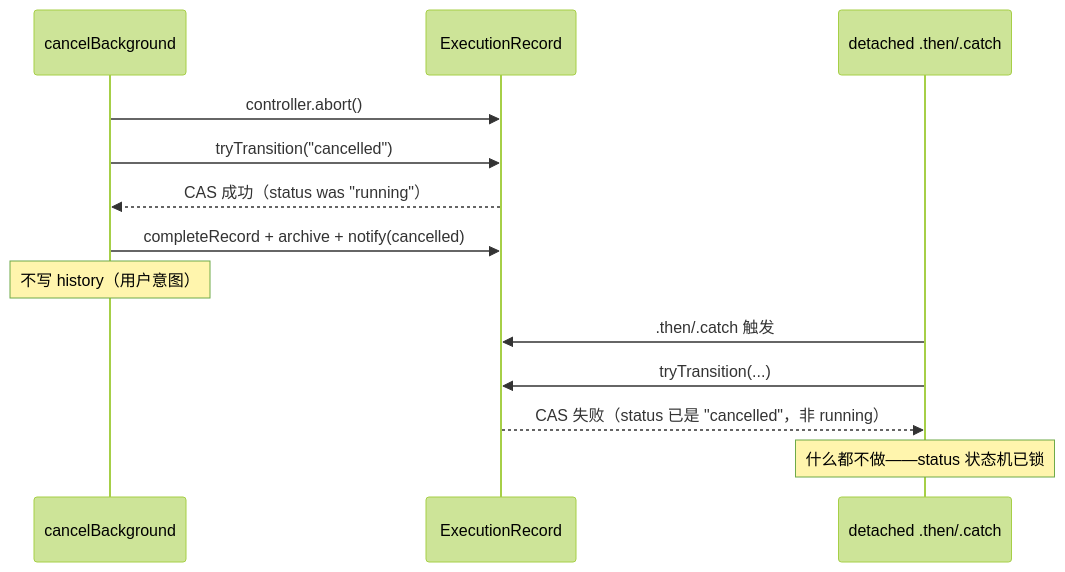
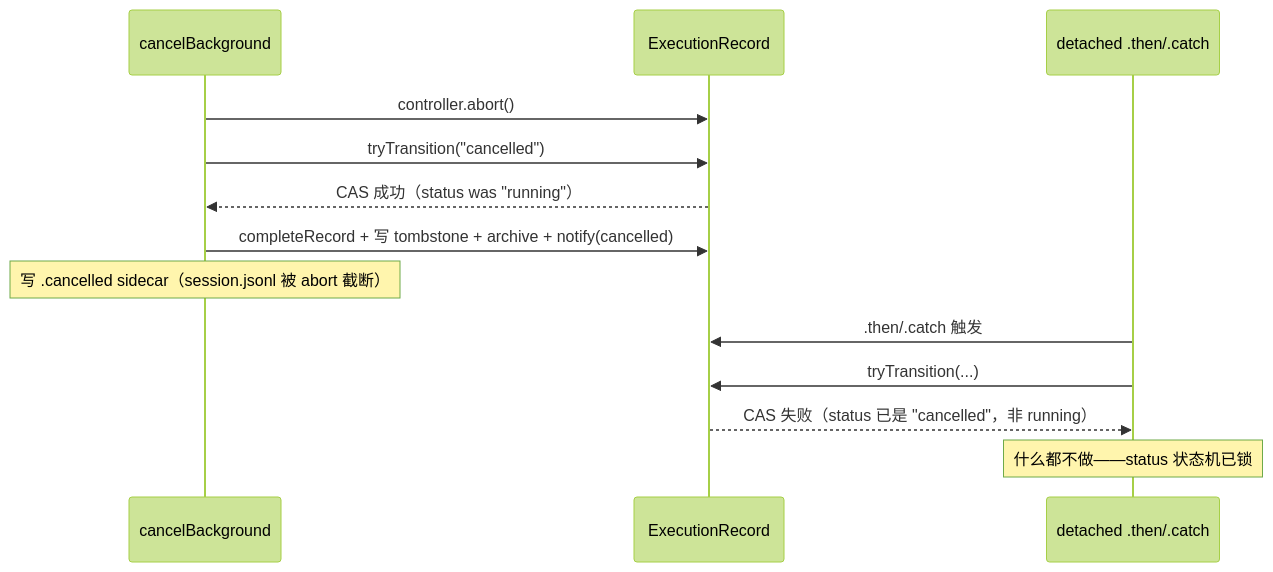
Before and after one commit to zhushanwen321/xyz-pi-extensions: the third of 3 diagrams in docs/subagents/execution-flow.md, drawn with Mermaid (forest theme). The commit also changed other lines of this file and 27 other files, not shown here.

````diff
--- a/docs/subagents/execution-flow.md
+++ b/docs/subagents/execution-flow.md
@@ -112,17 +112,17 @@
 ```mermaid
 sequenceDiagram
     participant Cancel as cancelBackground
     participant Record as ExecutionRecord
     participant Then as detached .then/.catch
 
     Cancel->>Record: controller.abort()
     Cancel->>Record: tryTransition("cancelled")
     Record-->>Cancel: CAS 成功（status was "running"）
-    Cancel->>Record: completeRecord + archive + notify(cancelled)
-    Note over Cancel: 不写 history（用户意图）
+    Cancel->>Record: completeRecord + 写 tombstone + archive + notify(cancelled)
+    Note over Cancel: 写 .cancelled sidecar（session.jsonl 被 abort 截断）
 
     Then->>Record: .then/.catch 触发
     Then->>Record: tryTransition(...)
     Record-->>Then: CAS 失败（status 已是 "cancelled"，非 running）
     Note over Then: 什么都不做——status 状态机已锁
 ```
````
